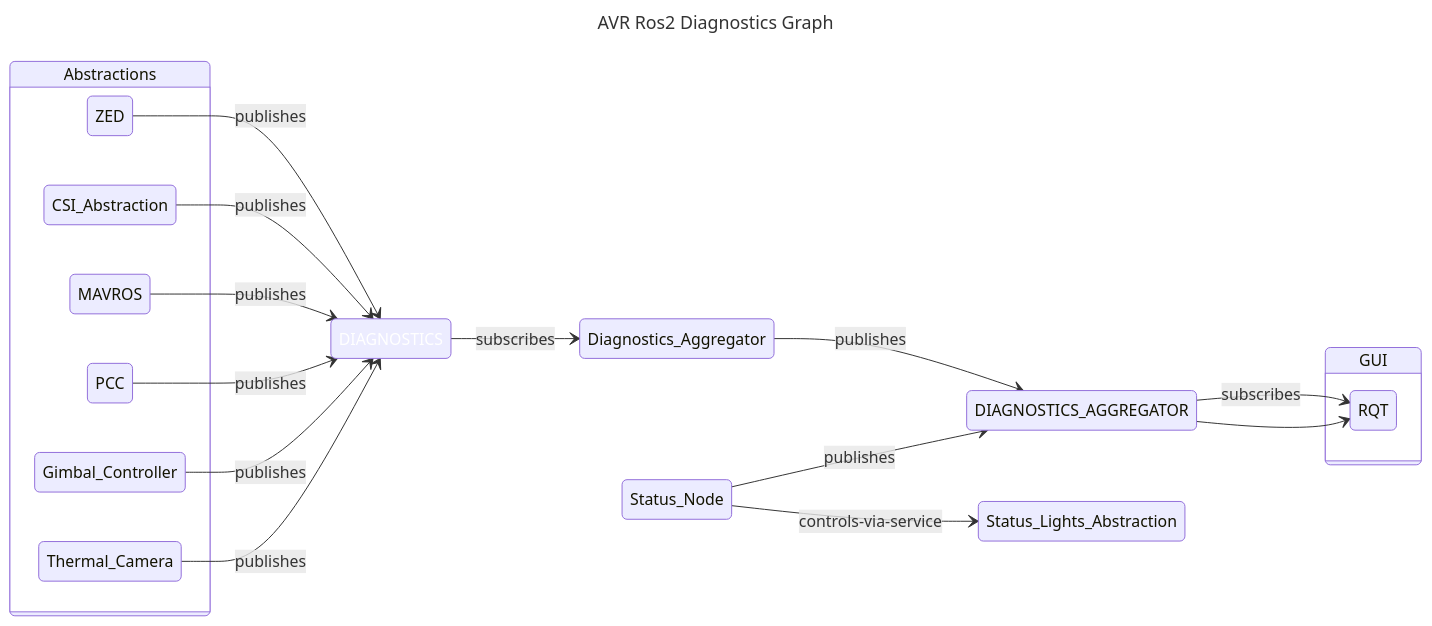
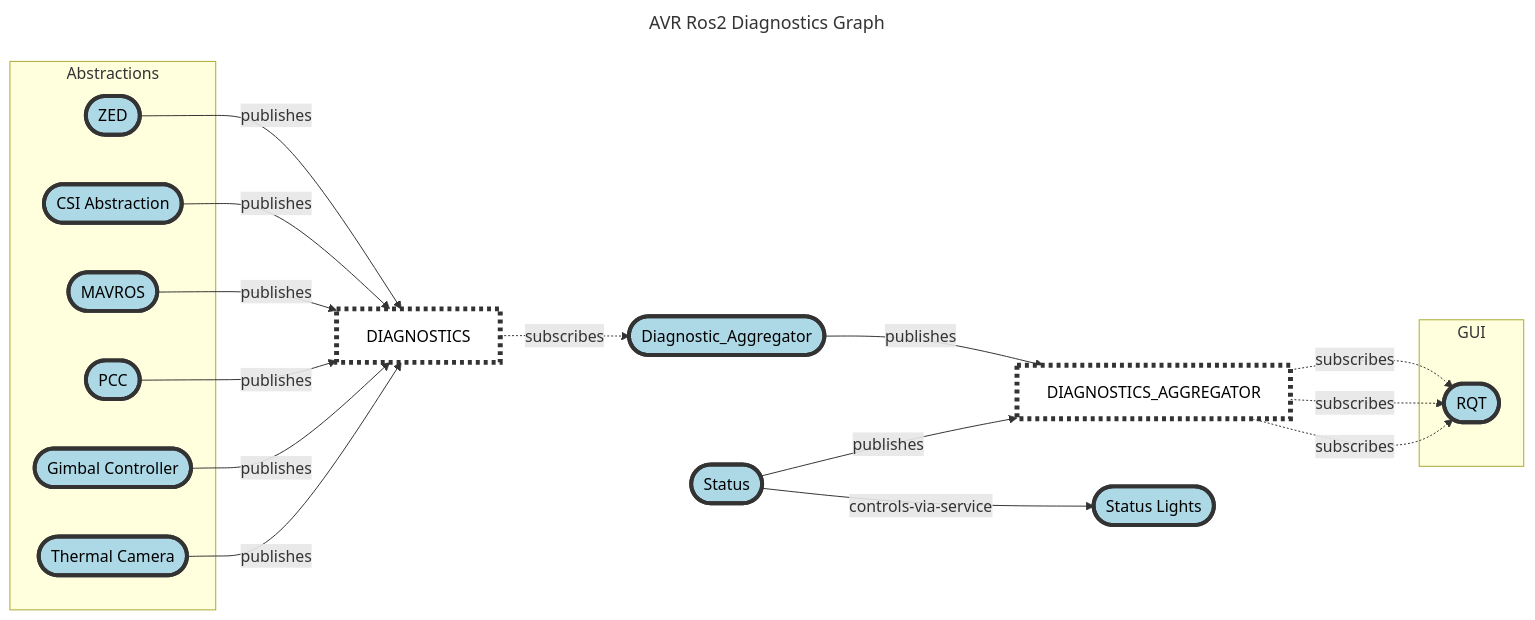
The diagram in README.md (Daedalus-Robotics/avr_2023_documentation), drawn with Mermaid before and after one commit.

````diff
--- a/README.md
+++ b/README.md
@@ -1,37 +1,48 @@
 ```mermaid
 ---
 title: AVR Ros2 Diagnostics Graph
 ---
-stateDiagram-v2
-    direction LR
+flowchart LR
     
-    classDef topic color:white;
+    classDef node fill:lightBlue,color:black,stroke:#333,stroke-width:4px
+    classDef topic fill:white,color:black,stroke:#333,stroke-width:5px, stroke-dasharray: 4 4
     
-    state Abstractions{
-        CSI_Abstraction
-        MAVROS
+    diagnostics_topic[DIAGNOSTICS]:::topic
+    diag_agg([Diagnostic_Aggregator])
+    diag_agg_topic[DIAGNOSTICS_AGGREGATOR]:::topic
+    status_node([Status])
+    status_lights([Status Lights])
+    RQT/GUI([RQT])
+    
+    zed([ZED])
+    
+   
+    
+    subgraph Abstractions 
+        zed
+        CSI_abs
+        Mavros
         PCC
-        Gimbal_Controller
-        Thermal_Camera
-        ZED
-        
-    }
+        gimcont
+        themcam
+    end
     
-    state GUI{
-        RQT
-    }
+    subgraph GUI 
+        RQT/GUI
+    end
     
-    ZED --> DIAGNOSTICS : publishes
-    CSI_Abstraction --> DIAGNOSTICS : publishes
-    MAVROS --> DIAGNOSTICS : publishes
-    PCC --> DIAGNOSTICS : publishes
-    Gimbal_Controller --> DIAGNOSTICS : publishes
-    Thermal_Camera --> DIAGNOSTICS : publishes
-    DIAGNOSTICS:::topic --> Diagnostics_Aggregator : subscribes
-    Diagnostics_Aggregator --> DIAGNOSTICS_AGGREGATOR : publishes
-    Status_Node --> Status_Lights_Abstraction : controls-via-service
-    Status_Node --> DIAGNOSTICS_AGGREGATOR : publishes
-    DIAGNOSTICS_AGGREGATOR --> RQT : subscribes
-    DIAGNOSTICS_AGGREGATOR --> RQT : 
+    zed --publishes-->diagnostics_topic
+    CSI_abs([CSI Abstraction]) --publishes-->diagnostics_topic
+    Mavros([MAVROS]) --publishes-->diagnostics_topic
+    PCC([PCC]) --publishes-->diagnostics_topic
+    gimcont([Gimbal Controller]) --publishes-->diagnostics_topic
+    themcam([Thermal Camera]) --publishes-->diagnostics_topic
+    diagnostics_topic -. subscribes .->diag_agg
+    diag_agg --publishes-->diag_agg_topic
+    status_node --publishes-->diag_agg_topic
+    status_node --controls-via-service-->status_lights
+    diag_agg_topic -. subscribes .-> RQT/GUI
+    diag_agg_topic -. subscribes .-> RQT/GUI
+    diag_agg_topic -. subscribes .-> RQT/GUI 
 
 ```
````
